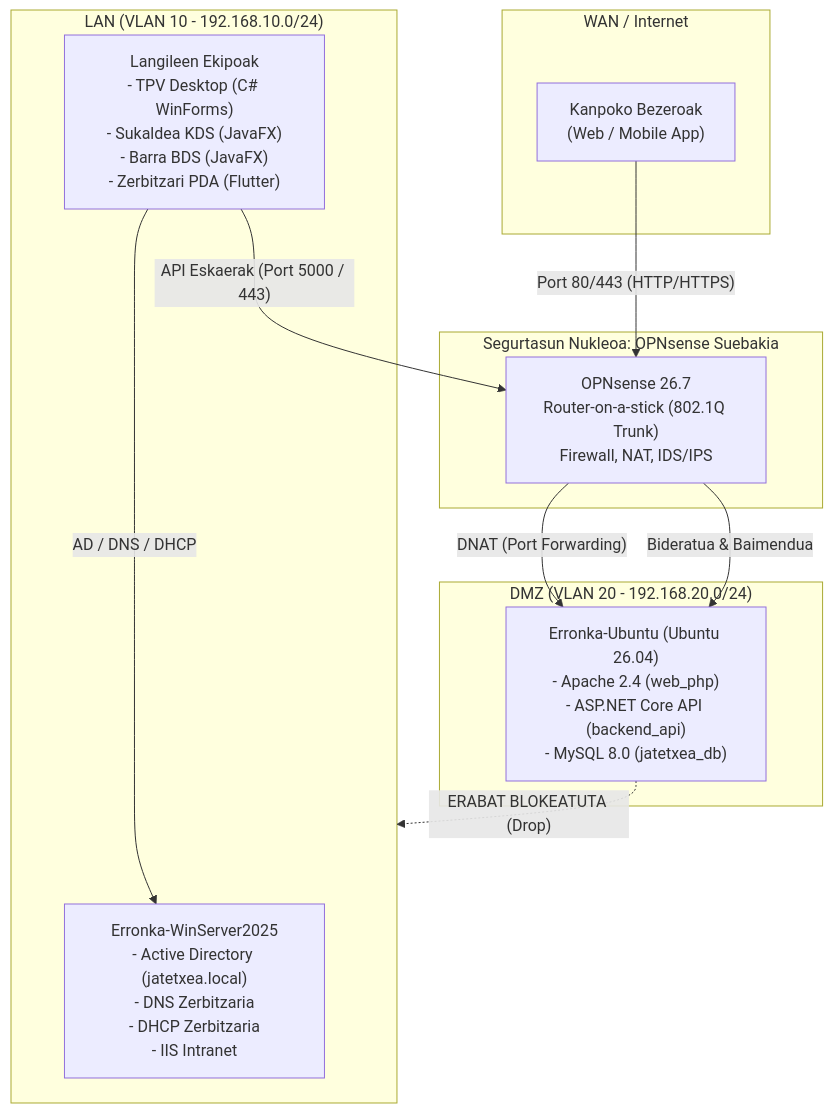
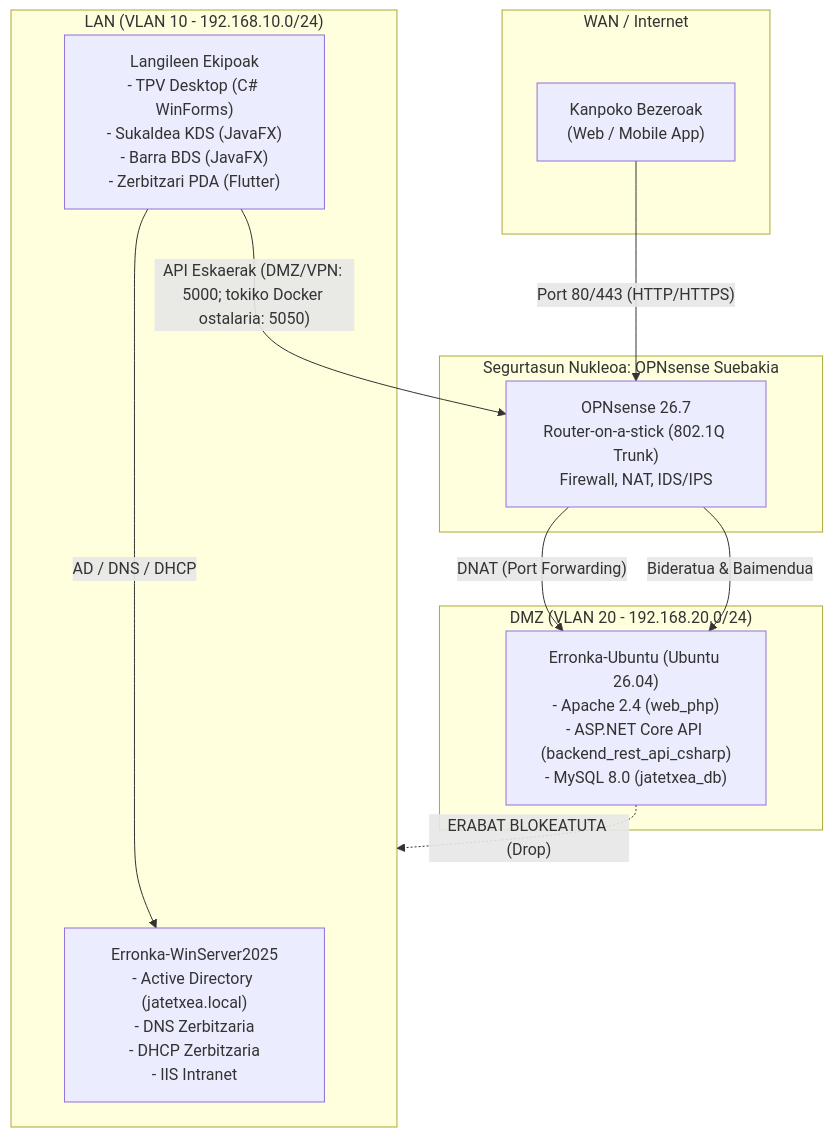
One commit to AnderUrienGoierri/1T_Jatetxea_erronka_agents changed the diagram in 02_azpiegitura_birtuala/erronka_egitura/doc/00_aurkibidea_eta_proiektu_ikuspegia.md. Above: the diagram before and after it, drawn with Mermaid. The commit also changed 6 other files, not shown here.

````diff
--- a/02_azpiegitura_birtuala/erronka_egitura/doc/00_aurkibidea_eta_proiektu_ikuspegia.md
+++ b/02_azpiegitura_birtuala/erronka_egitura/doc/00_aurkibidea_eta_proiektu_ikuspegia.md
@@ -19,26 +19,26 @@
 ```mermaid
 graph TD
     subgraph KANPOA["WAN / Internet"]
         WAN_CLIENT["Kanpoko Bezeroak<br/>(Web / Mobile App)"]
     end
 
     subgraph FW["Segurtasun Nukleoa: OPNsense Suebakia"]
         ROUTER["OPNsense 26.7<br/>Router-on-a-stick (802.1Q Trunk)<br/>Firewall, NAT, IDS/IPS"]
     end
 
     subgraph DMZ_ZONE["DMZ (VLAN 20 - 192.168.20.0/24)"]
-        UBUNTU["Erronka-Ubuntu (Ubuntu 26.04)<br/>- Apache 2.4 (web_php)<br/>- ASP.NET Core API (backend_api)<br/>- MySQL 8.0 (jatetxea_db)"]
+        UBUNTU["Erronka-Ubuntu (Ubuntu 26.04)<br/>- Apache 2.4 (web_php)<br/>- ASP.NET Core API (backend_rest_api_csharp)<br/>- MySQL 8.0 (jatetxea_db)"]
     end
 
     subgraph LAN_ZONE["LAN (VLAN 10 - 192.168.10.0/24)"]
         WINSERV["Erronka-WinServer2025<br/>- Active Directory (jatetxea.local)<br/>- DNS Zerbitzaria<br/>- DHCP Zerbitzaria<br/>- IIS Intranet"]
         WORKSTATIONS["Langileen Ekipoak<br/>- TPV Desktop (C# WinForms)<br/>- Sukaldea KDS (JavaFX)<br/>- Barra BDS (JavaFX)<br/>- Zerbitzari PDA (Flutter)"]
     end
 
     WAN_CLIENT -->|"Port 80/443 (HTTP/HTTPS)"| ROUTER
     ROUTER -->|"DNAT (Port Forwarding)"| UBUNTU
     WORKSTATIONS -->|"AD / DNS / DHCP"| WINSERV
-    WORKSTATIONS -->|"API Eskaerak (Port 5000 / 443)"| ROUTER
+    WORKSTATIONS -->|"API Eskaerak (DMZ/VPN: 5000; tokiko Docker ostalaria: 5050)"| ROUTER
     ROUTER -->|"Bideratua & Baimendua"| UBUNTU
     UBUNTU -.->|"ERABAT BLOKEATUTA (Drop)"| LAN_ZONE
 ```
````
